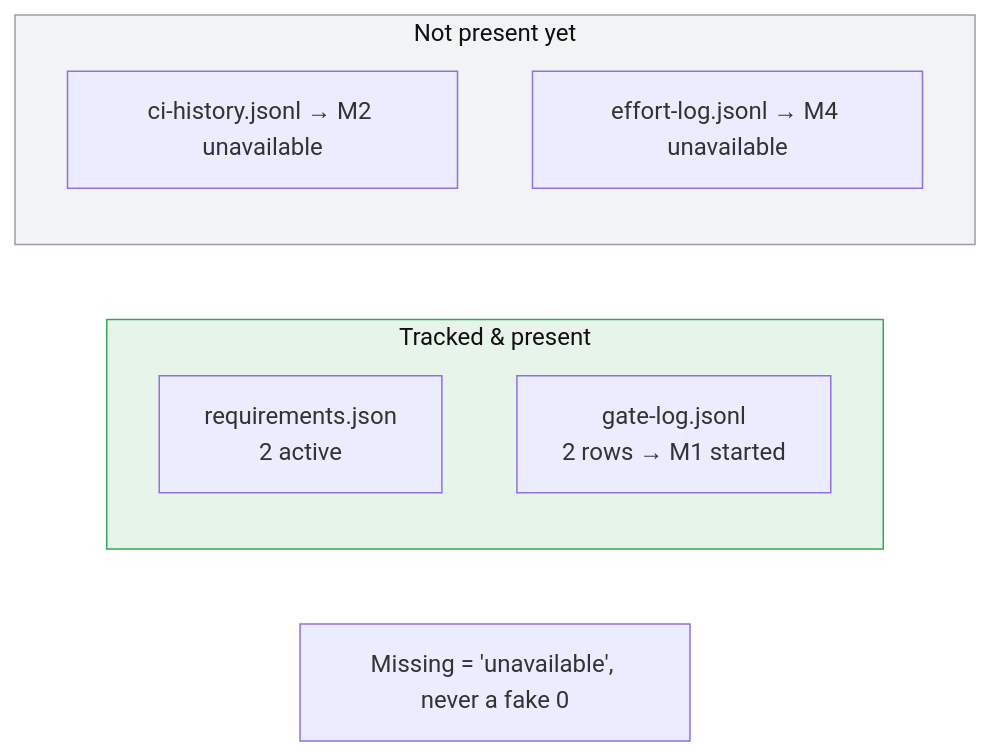
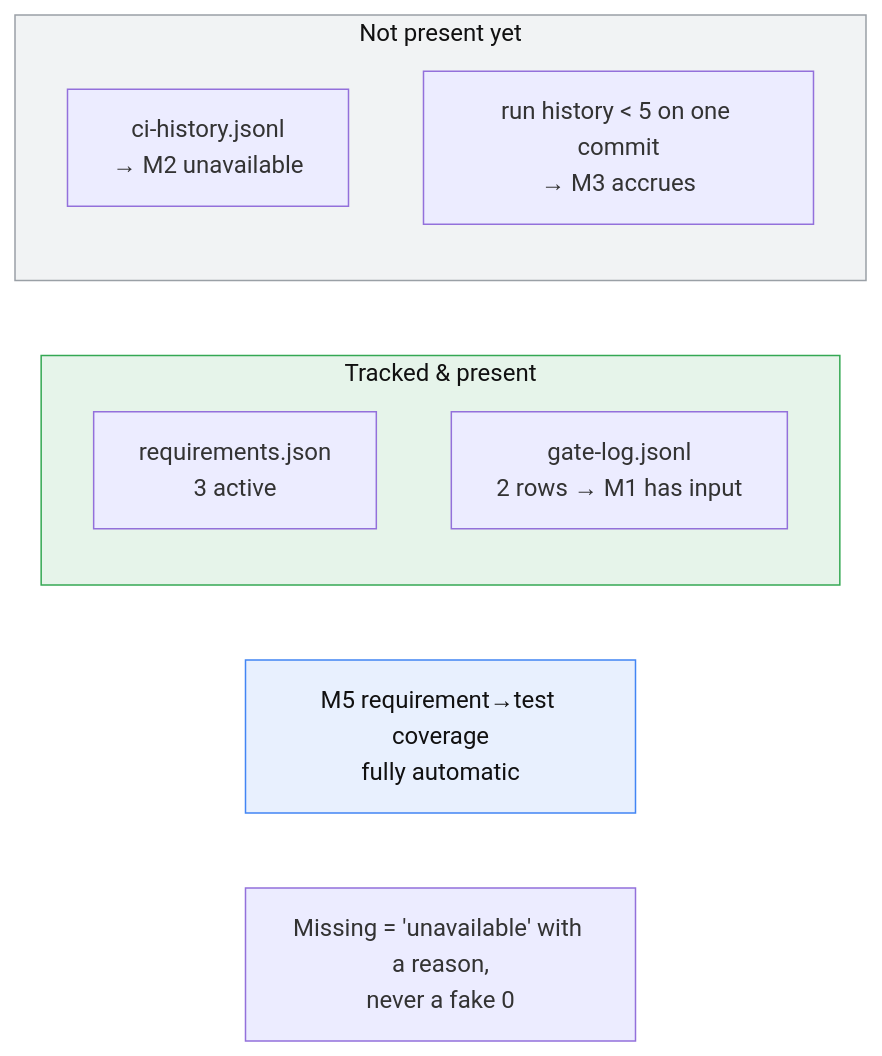
One commit to lfyagya/AI-Agentic-Test-Development changed the seventh of 11 diagrams in docs/onboarding/first-session.md. Above: the diagram before and after it, drawn with Mermaid. The commit also changed other lines of this file, not shown here.

````diff
--- a/docs/onboarding/first-session.md
+++ b/docs/onboarding/first-session.md
@@ -112,15 +149,17 @@
 ```mermaid
 flowchart LR
     subgraph HAVE["Tracked & present"]
-        h1["requirements.json<br/>2 active"]
-        h2["gate-log.jsonl<br/>2 rows → M1 started"]
+        h1["requirements.json<br/>3 active"]
+        h2["gate-log.jsonl<br/>2 rows → M1 has input"]
     end
     subgraph MISSING["Not present yet"]
-        m1["ci-history.jsonl → M2 unavailable"]
-        m2["effort-log.jsonl → M4 unavailable"]
+        m1["ci-history.jsonl<br/>→ M2 unavailable"]
+        m2["run history < 5 on one commit<br/>→ M3 accrues"]
     end
-    note["Missing = 'unavailable', never a fake 0"]
+    Auto["M5 requirement→test coverage<br/>fully automatic"]
+    Note["Missing = 'unavailable' with a reason,<br/>never a fake 0"]
 
     style HAVE fill:#e6f4ea,stroke:#34a853,color:#111
     style MISSING fill:#f1f3f4,stroke:#9aa0a6,color:#111
+    style Auto fill:#e8f0fe,stroke:#4285f4,color:#111
 ```
````
